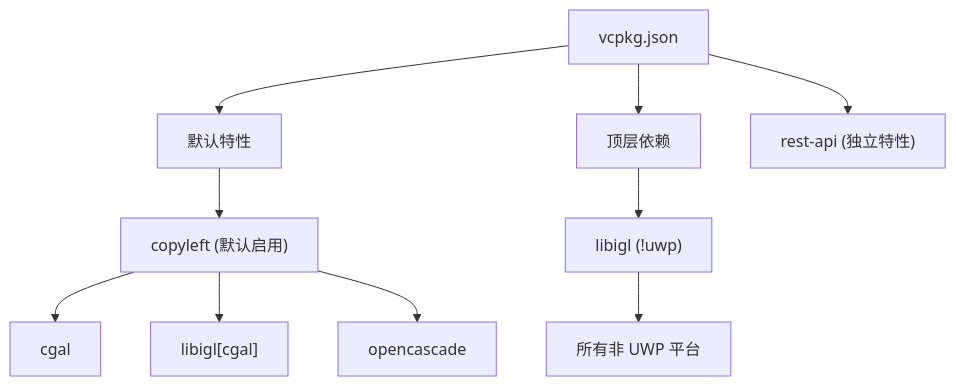
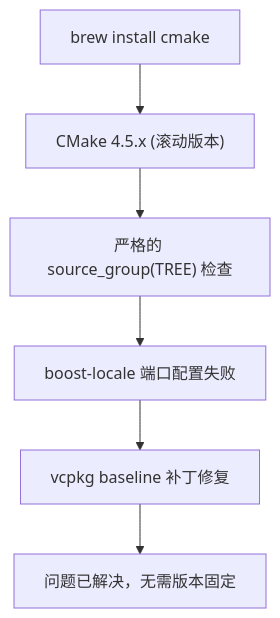
Before and after one commit to hsmbanlance/HsBaSlicer: the fifth of 11 diagrams in .qoder/repowiki/zh/content/开发测试与贡献/CI_CD流水线增强.md, drawn with Mermaid. The commit also changed other lines of this file and 172 other files, not shown here.

````diff
--- a/.qoder/repowiki/zh/content/开发测试与贡献/CI_CD流水线增强.md
+++ b/.qoder/repowiki/zh/content/开发测试与贡献/CI_CD流水线增强.md
@@ -237,12 +264,8 @@
 ```mermaid
 flowchart TD
-Vcpkg["vcpkg.json"] --> DefaultFeatures["默认特性"]
-DefaultFeatures --> Copyleft["copyleft (默认启用)"]
-Vcpkg --> Dependencies["顶层依赖"]
-Dependencies --> LibIGL["libigl (!uwp)"]
-LibIGL --> NonUWP["所有非 UWP 平台"]
-Copyleft --> CGAL["cgal"]
-Copyleft --> LibIGLCGAL["libigl[cgal]"]
-Copyleft --> OCCT["opencascade"]
-Vcpkg --> RestAPI["rest-api (独立特性)"]
+Brew["brew install cmake"] --> Version["CMake 4.5.x (滚动版本)"]
+Version --> StrictCheck["严格的 source_group(TREE) 检查"]
+StrictCheck --> BoostLocale["boost-locale 端口配置失败"]
+BoostLocale --> Patch["vcpkg baseline 补丁修复"]
+Patch --> Fixed["问题已解决，无需版本固定"]
 ```
````
